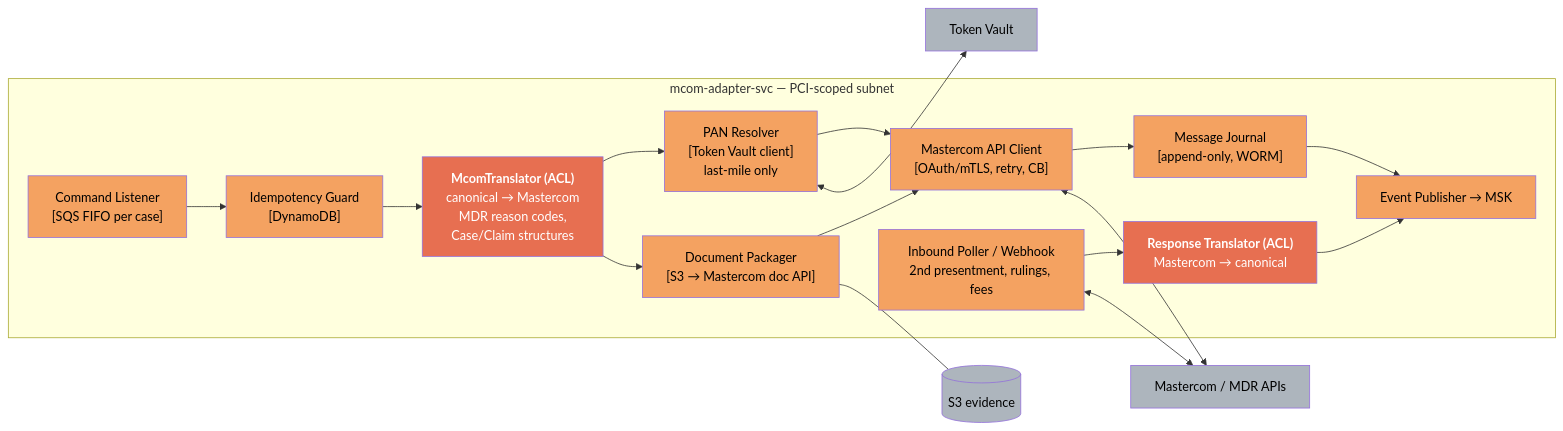
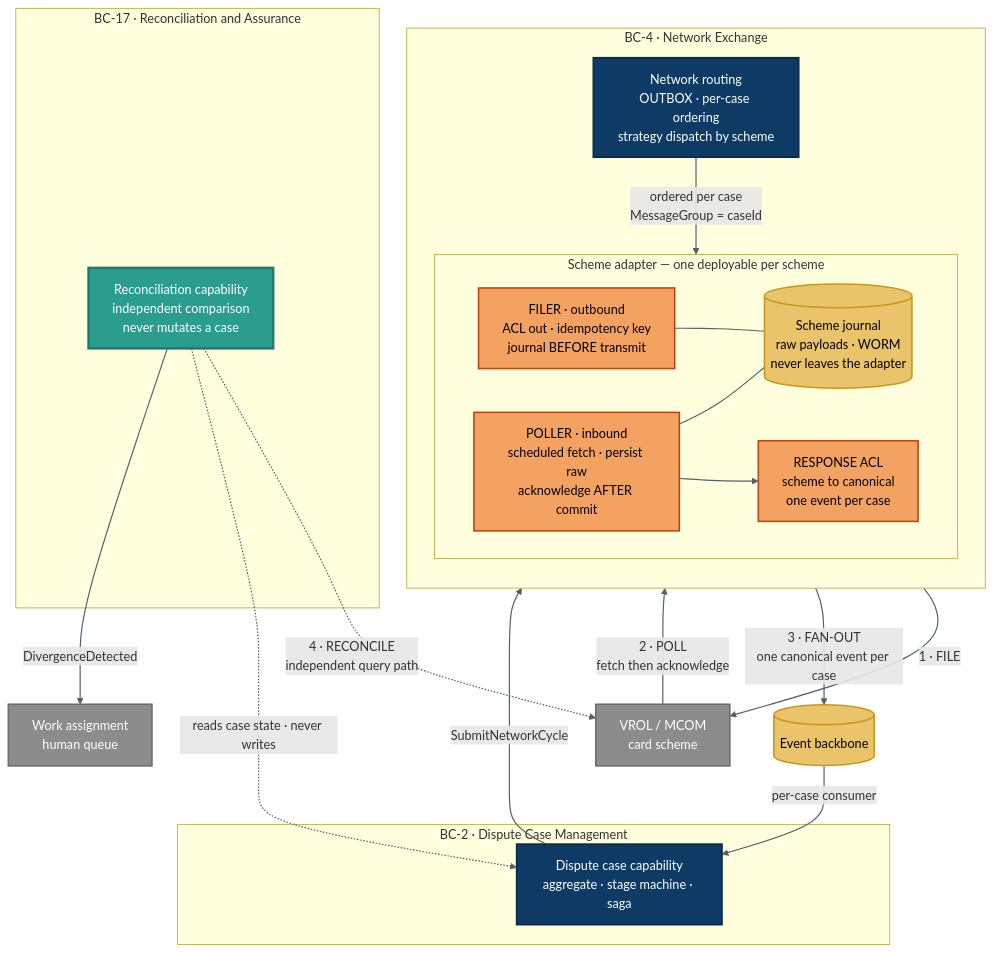
Diagram 11 of 16 in docs/dispute-claims-resolution-architecture.md (bmageshvec/poc-claims-resolution), drawn with Mermaid before and after one commit. The commit also changed other lines of this file and 32 other files, not shown here.

````diff
--- a/docs/dispute-claims-resolution-architecture.md
+++ b/docs/dispute-claims-resolution-architecture.md
@@ -1115,37 +1239,48 @@
 ```mermaid
-flowchart LR
-    subgraph MCA["mcom-adapter-svc — PCI-scoped subnet"]
-        LSN["Command Listener<br/>[SQS FIFO per case]"]
-        IDEM["Idempotency Guard<br/>[DynamoDB]"]
-        TRN["<b>McomTranslator (ACL)</b><br/>canonical → Mastercom<br/>MDR reason codes,<br/>Case/Claim structures"]
-        PANR["PAN Resolver<br/>[Token Vault client]<br/>last-mile only"]
-        DOC["Document Packager<br/>[S3 → Mastercom doc API]"]
-        CLI["Mastercom API Client<br/>[OAuth/mTLS, retry, CB]"]
-        JRN["Message Journal<br/>[append-only, WORM]"]
-        INB["Inbound Poller / Webhook<br/>2nd presentment, rulings, fees"]
-        RTRN["<b>Response Translator (ACL)</b><br/>Mastercom → canonical"]
-        PUBM["Event Publisher → MSK"]
+flowchart TB
+    subgraph BC2["BC-2 · Dispute Case Management"]
+        DCS["Dispute case capability<br/>aggregate · stage machine · saga"]
     end
+    subgraph BC4["BC-4 · Network Exchange"]
+        direction TB
+        NR["Network routing<br/>OUTBOX · per-case ordering<br/>strategy dispatch by scheme"]
+        subgraph AD["Scheme adapter — one deployable per scheme"]
+            direction LR
+            FIL["FILER · outbound<br/>ACL out · idempotency key<br/>journal BEFORE transmit"]
+            POL["POLLER · inbound<br/>scheduled fetch · persist raw<br/>acknowledge AFTER commit"]
+            JRN[("Scheme journal<br/>raw payloads · WORM<br/>never leaves the adapter")]
+            ACLIN["RESPONSE ACL<br/>scheme to canonical<br/>one event per case"]
+        end
+    end
+    subgraph BC17["BC-17 · Reconciliation and Assurance"]
+        REC["Reconciliation capability<br/>independent comparison<br/>never mutates a case"]
+    end
+    SCHEME["VROL / MCOM<br/>card scheme"]
+    BUS[("Event backbone")]
+    WA["Work assignment<br/>human queue"]
 
-    LSN --> IDEM --> TRN --> PANR --> CLI
-    TRN --> DOC --> CLI
-    CLI --> JRN
-    INB --> RTRN --> PUBM
-    JRN --> PUBM
+    DCS -->|"SubmitNetworkCycle"| NR
+    NR ==>|"ordered per case<br/>MessageGroup = caseId"| FIL
+    FIL ==>|"1 · FILE"| SCHEME
+    FIL --- JRN
+    SCHEME ==>|"2 · POLL<br/>fetch then acknowledge"| POL
+    POL --- JRN
+    POL --> ACLIN
+    ACLIN ==>|"3 · FAN-OUT<br/>one canonical event per case"| BUS
+    BUS ==>|"per-case consumer"| DCS
+    REC -.->|"4 · RECONCILE<br/>independent query path"| SCHEME
+    REC -.->|"reads case state · never writes"| DCS
+    REC ==>|"DivergenceDetected"| WA
 
-    MCOMAPI["Mastercom / MDR APIs"]
-    VAULTX["Token Vault"]
-    S3X[("S3 evidence")]
-
-    CLI <--> MCOMAPI
-    INB <--> MCOMAPI
-    PANR <--> VAULTX
-    DOC --- S3X
-
-    classDef c fill:#f4a261,color:#000
-    classDef acl fill:#e76f51,color:#fff
-    classDef ext fill:#adb5bd,color:#000
-    class LSN,IDEM,PANR,DOC,CLI,JRN,INB,PUBM c
-    class TRN,RTRN acl
-    class MCOMAPI,VAULTX,S3X ext
+    classDef core fill:#0D3B66,color:#FFFFFF,stroke:#092845,stroke-width:2px
+    classDef adapter fill:#F4A261,color:#000000,stroke:#C1440E,stroke-width:2px
+    classDef newbc fill:#2A9D8F,color:#FFFFFF,stroke:#1D7A6F,stroke-width:3px
+    classDef ext fill:#8C8C8C,color:#FFFFFF,stroke:#6C6C6C,stroke-width:2px
+    classDef store fill:#E9C46A,color:#000000,stroke:#C9971A,stroke-width:2px
+    class DCS,NR core
+    class FIL,POL,ACLIN adapter
+    class REC newbc
+    class SCHEME,WA ext
+    class JRN,BUS store
+    linkStyle default stroke:#54606C,stroke-width:1.5px
 ```
````
